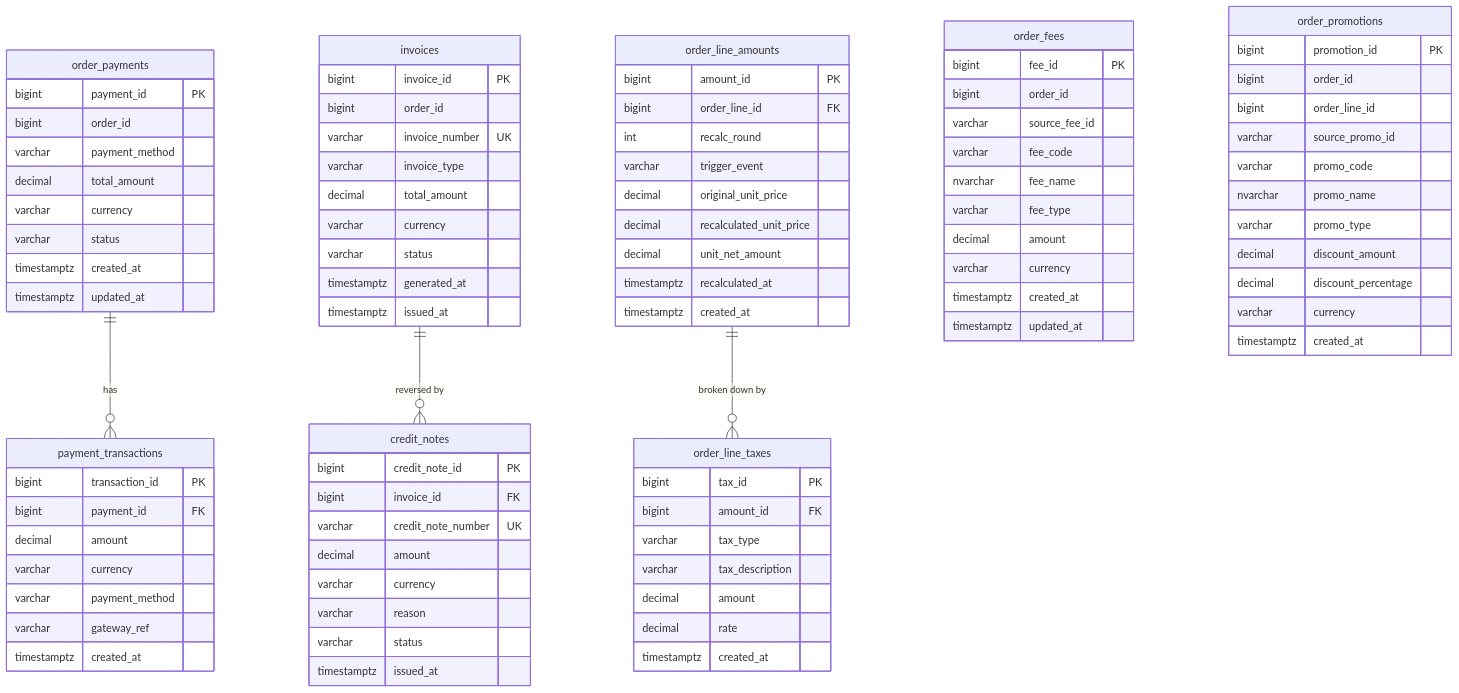
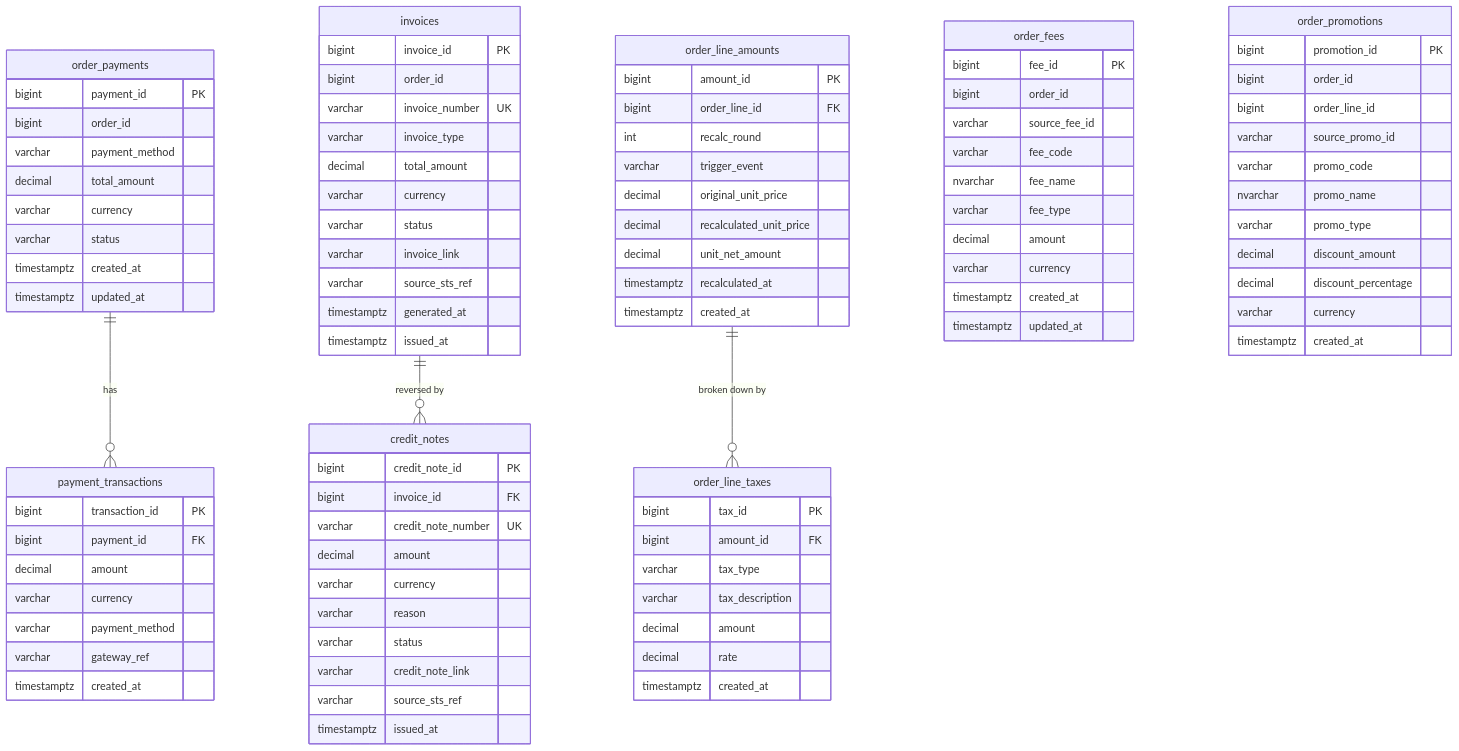
One commit to rosered11/oms-claude changed the second of 5 diagrams in docs/oms-er-diagrams.md. Above: the diagram before and after it, drawn with Mermaid. The commit also changed other lines of this file and 53 other files, not shown here.

```diff
--- a/docs/oms-er-diagrams.md
+++ b/docs/oms-er-diagrams.md
@@ -203,6 +204,8 @@
         decimal total_amount
         varchar currency
         varchar status
+        varchar invoice_link
+        varchar source_sts_ref
         timestamptz generated_at
         timestamptz issued_at
     }
@@ -215,6 +218,8 @@
         varchar currency
         varchar reason
         varchar status
+        varchar credit_note_link
+        varchar source_sts_ref
         timestamptz issued_at
     }
 
```
